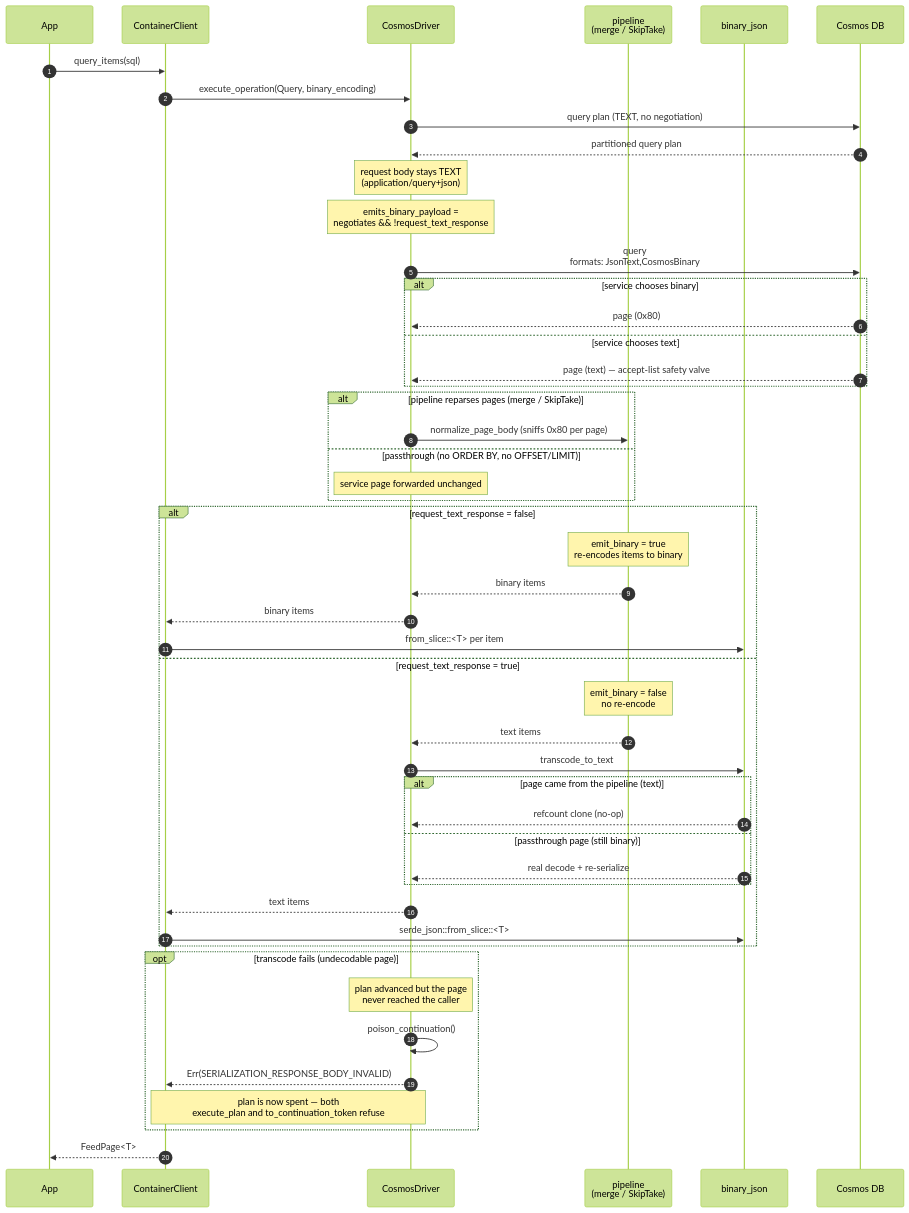
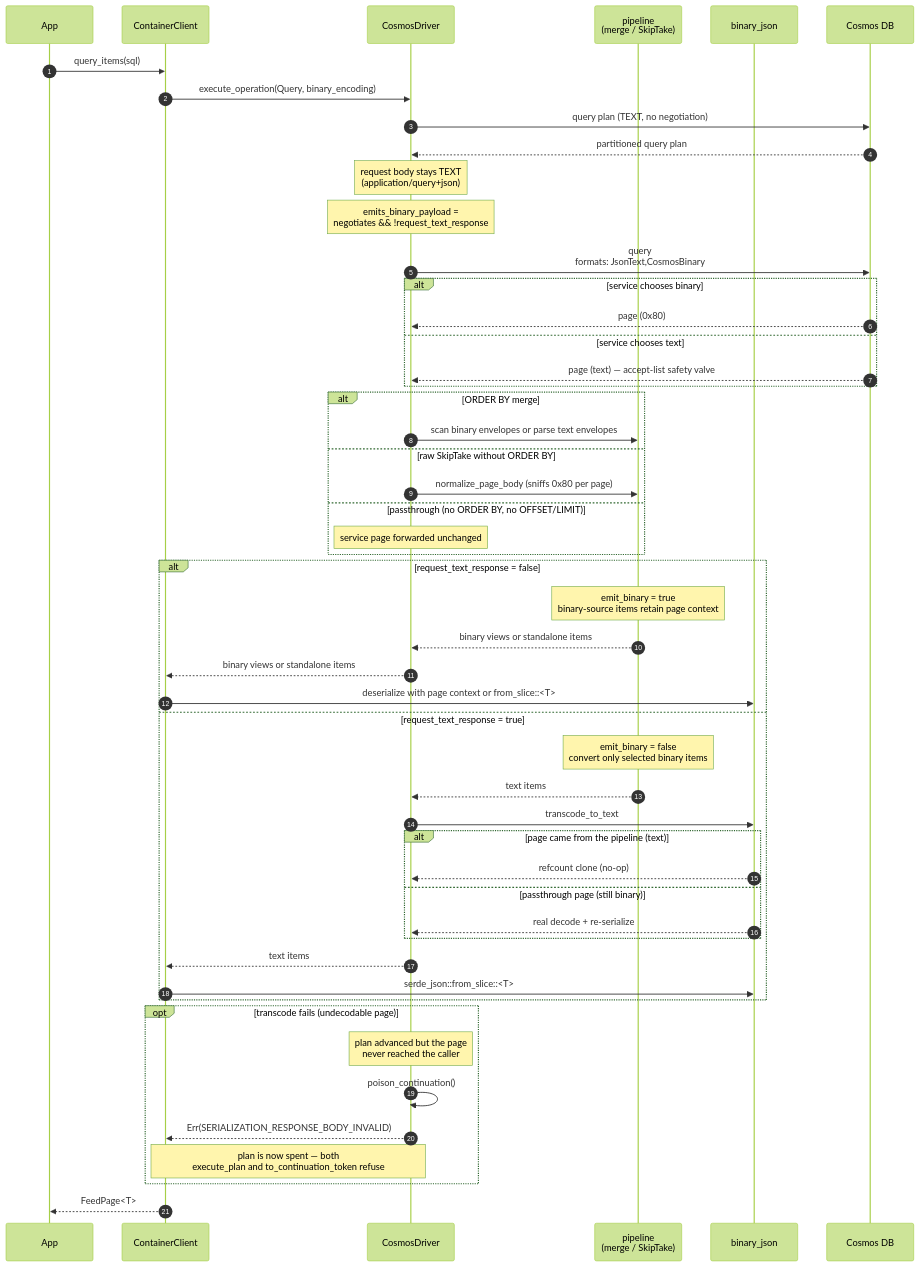
The seventh of 7 diagrams in sdk/cosmos/docs/specs/0014-binary-encoding-high-level-design.md (Azure/azure-sdk-for-rust), drawn with Mermaid (forest theme) before and after one commit. The commit also changed other lines of this file and 35 other files, not shown here.

First line of the commit message:
Cosmos: Make ORDER BY pages binary-aware

````diff
--- a/sdk/cosmos/docs/specs/0014-binary-encoding-high-level-design.md
+++ b/sdk/cosmos/docs/specs/0014-binary-encoding-high-level-design.md
@@ -414,59 +415,61 @@
 ```mermaid
 sequenceDiagram
     autonumber
     participant App
     participant SDK as ContainerClient
     participant DRV as CosmosDriver
     participant PIPE as pipeline<br/>(merge / SkipTake)
     participant Cod as binary_json
     participant Svc as Cosmos DB
 
     App->>SDK: query_items(sql)
     SDK->>DRV: execute_operation(Query, binary_encoding)
 
     DRV->>Svc: query plan (TEXT, no negotiation)
     Svc-->>DRV: partitioned query plan
 
     Note over DRV: request body stays TEXT<br/>(application/query+json)
     Note over DRV: emits_binary_payload =<br/>negotiates && !request_text_response
 
     DRV->>Svc: query<br/>formats: JsonText,CosmosBinary
     alt service chooses binary
         Svc-->>DRV: page (0x80)
     else service chooses text
         Svc-->>DRV: page (text) — accept-list safety valve
     end
 
-    alt pipeline reparses pages (merge / SkipTake)
+    alt ORDER BY merge
+        DRV->>PIPE: scan binary envelopes or parse text envelopes
+    else raw SkipTake without ORDER BY
         DRV->>PIPE: normalize_page_body (sniffs 0x80 per page)
     else passthrough (no ORDER BY, no OFFSET/LIMIT)
         Note over DRV: service page forwarded unchanged
     end
 
     alt request_text_response = false
-        Note over PIPE: emit_binary = true<br/>re-encodes items to binary
-        PIPE-->>DRV: binary items
-        DRV-->>SDK: binary items
-        SDK->>Cod: from_slice::<T> per item
+        Note over PIPE: emit_binary = true<br/>binary-source items retain page context
+        PIPE-->>DRV: binary views or standalone items
+        DRV-->>SDK: binary views or standalone items
+        SDK->>Cod: deserialize with page context or from_slice::<T>
     else request_text_response = true
-        Note over PIPE: emit_binary = false<br/>no re-encode
+        Note over PIPE: emit_binary = false<br/>convert only selected binary items
         PIPE-->>DRV: text items
         DRV->>Cod: transcode_to_text
         alt page came from the pipeline (text)
             Cod-->>DRV: refcount clone (no-op)
         else passthrough page (still binary)
             Cod-->>DRV: real decode + re-serialize
         end
         DRV-->>SDK: text items
         SDK->>Cod: serde_json::from_slice::<T>
     end
 
     opt transcode fails (undecodable page)
         Note over DRV: plan advanced but the page<br/>never reached the caller
         DRV->>DRV: poison_continuation()
         DRV-->>SDK: Err(SERIALIZATION_RESPONSE_BODY_INVALID)
         Note over SDK,DRV: plan is now spent — both<br/>execute_plan and to_continuation_token refuse
     end
 
     SDK-->>App: FeedPage<T>
 ```
````
